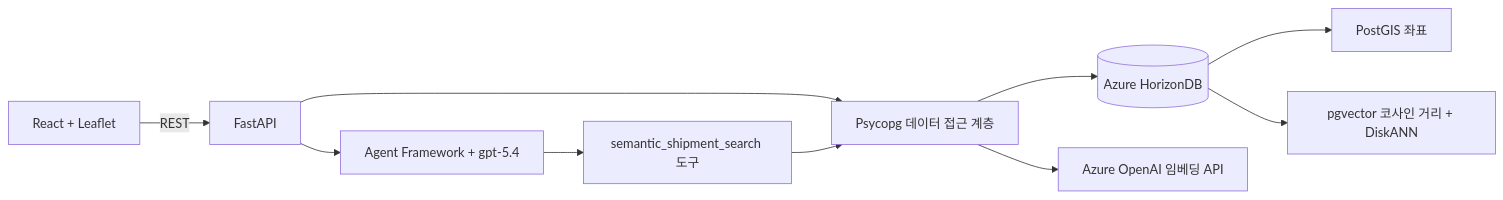
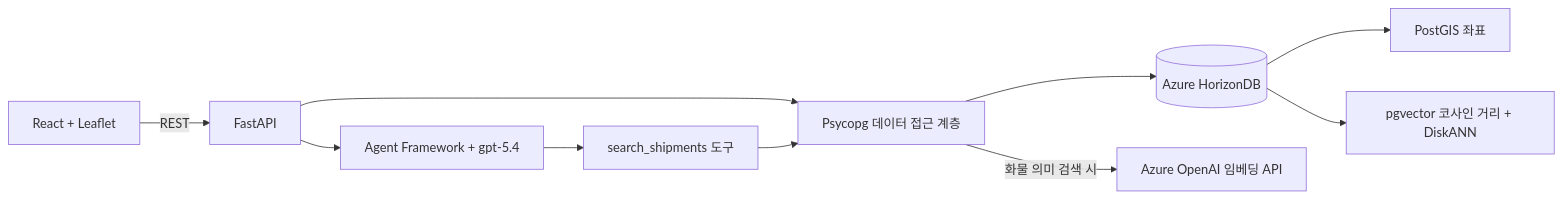
The diagram in README.md (kyungtaak/fleet-intelligence-on-horizondb), drawn with Mermaid before and after one commit. The commit also changed other lines of this file and 27 other files, not shown here.

Commit message:
Add structured spatial search and live AI shipment traces

````diff
--- a/README.md
+++ b/README.md
@@ -28,12 +28,12 @@
 ```mermaid
 flowchart LR
     Browser[React + Leaflet] -->|REST| API[FastAPI]
     API --> Agent[Agent Framework + gpt-5.4]
-    Agent --> Tool[semantic_shipment_search 도구]
+    Agent --> Tool[search_shipments 도구]
     API --> Repo[Psycopg 데이터 접근 계층]
     Tool --> Repo
     Repo --> DB[(Azure HorizonDB)]
-    Repo --> Embeddings[Azure OpenAI 임베딩 API]
+    Repo -->|화물 의미 검색 시| Embeddings[Azure OpenAI 임베딩 API]
     DB --> PostGIS[PostGIS 좌표]
     DB --> Vector[pgvector 코사인 거리 + DiskANN]
 ```
````
